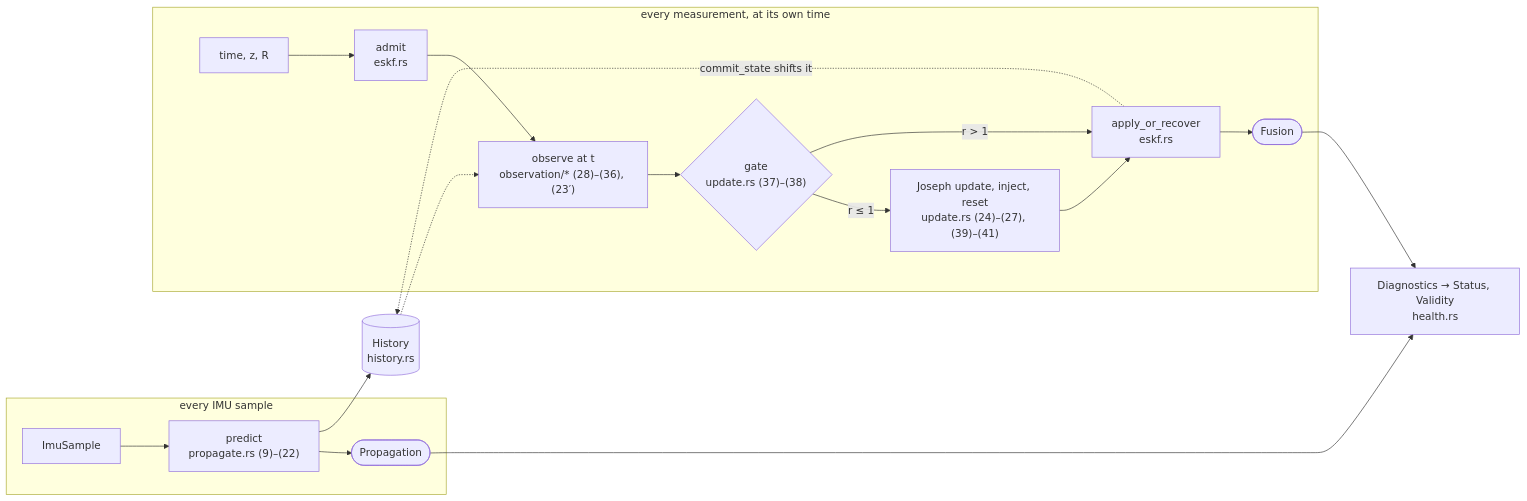
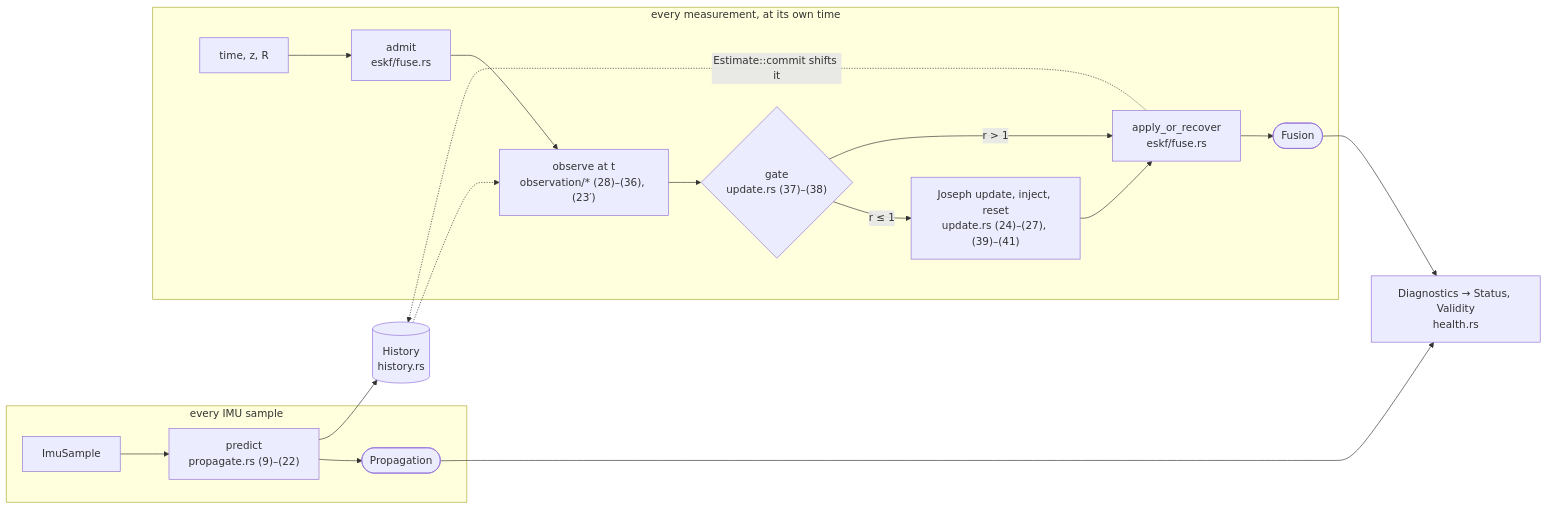
The first of 2 diagrams in DESIGN.md (wboayue/fusion-nav), drawn with Mermaid before and after one commit. The commit also changed other lines of this file and 19 other files, not shown here.

````diff
--- a/DESIGN.md
+++ b/DESIGN.md
@@ -20,21 +20,21 @@
 ```mermaid
 flowchart LR
     subgraph sample["every IMU sample"]
         imu["ImuSample"] --> predict["predict<br/>propagate.rs (9)–(22)"]
         predict --> pout(["Propagation"])
     end
     predict --> hist[("History<br/>history.rs")]
     subgraph meas["every measurement, at its own time"]
-        z["time, z, R"] --> admit["admit<br/>eskf.rs"]
+        z["time, z, R"] --> admit["admit<br/>eskf/fuse.rs"]
         admit --> observe["observe at t<br/>observation/* (28)–(36), (23′)"]
         observe --> gate{"gate<br/>update.rs (37)–(38)"}
         gate -- "r ≤ 1" --> upd["Joseph update, inject, reset<br/>update.rs (24)–(27), (39)–(41)"]
-        gate -- "r > 1" --> rec["apply_or_recover<br/>eskf.rs"]
+        gate -- "r > 1" --> rec["apply_or_recover<br/>eskf/fuse.rs"]
         upd --> rec
         rec --> fout(["Fusion"])
     end
     hist -.-> observe
-    rec -. "commit_state shifts it" .-> hist
+    rec -. "Estimate::commit shifts it" .-> hist
     pout --> health["Diagnostics → Status, Validity<br/>health.rs"]
     fout --> health
 ```
````
